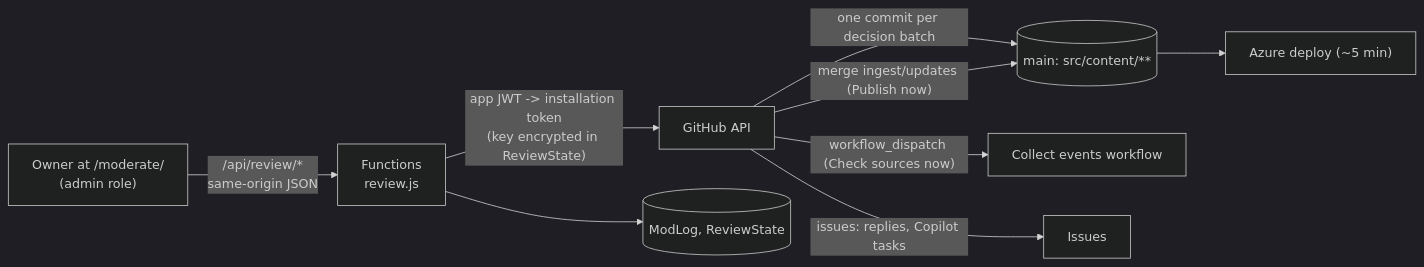
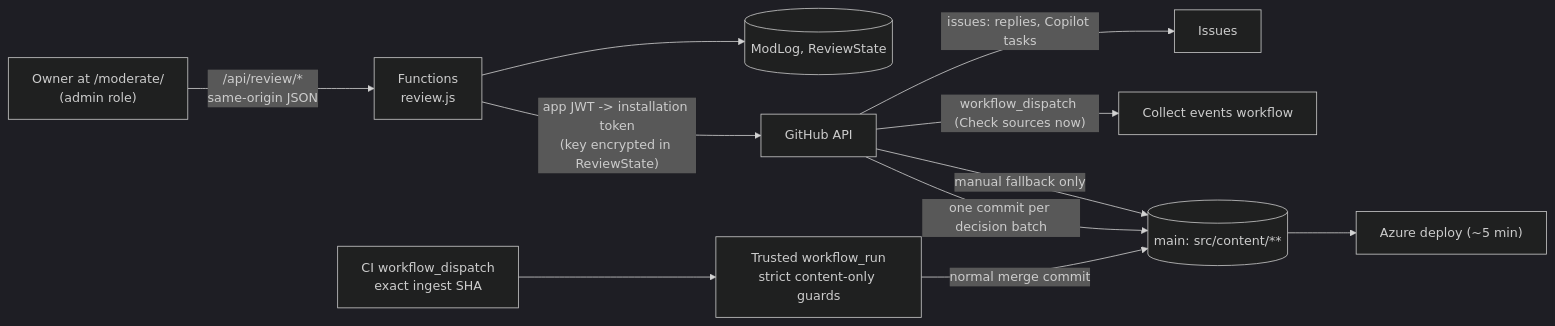
Before and after one commit to michaelsrichter/long-island-dance-events: the fourth of 5 diagrams in docs/architecture.md, drawn with Mermaid (dark theme). The commit also changed other lines of this file and 35 other files, not shown here.

````diff
--- a/docs/architecture.md
+++ b/docs/architecture.md
@@ -159,11 +159,13 @@
 ```mermaid
 flowchart LR
   O["Owner at /moderate/<br/>(admin role)"] -->|"/api/review/*<br/>same-origin JSON"| FN["Functions<br/>review.js"]
   FN -->|"app JWT -> installation token<br/>(key encrypted in ReviewState)"| GH["GitHub API"]
   GH -->|"one commit per decision batch"| MAIN[("main: src/content/**")]
-  GH -->|"merge ingest/updates (Publish now)"| MAIN
+  CI["CI workflow_dispatch<br/>exact ingest SHA"] --> AM["Trusted workflow_run<br/>strict content-only guards"]
+  AM -->|"normal merge commit"| MAIN
+  GH -->|"manual fallback only"| MAIN
   GH -->|"workflow_dispatch (Check sources now)"| ACT["Collect events workflow"]
   GH -->|"issues: replies, Copilot tasks"| ISS["Issues"]
   FN --> LOG[("ModLog, ReviewState")]
   MAIN --> DEPLOY["Azure deploy (~5 min)"]
 ```
````
